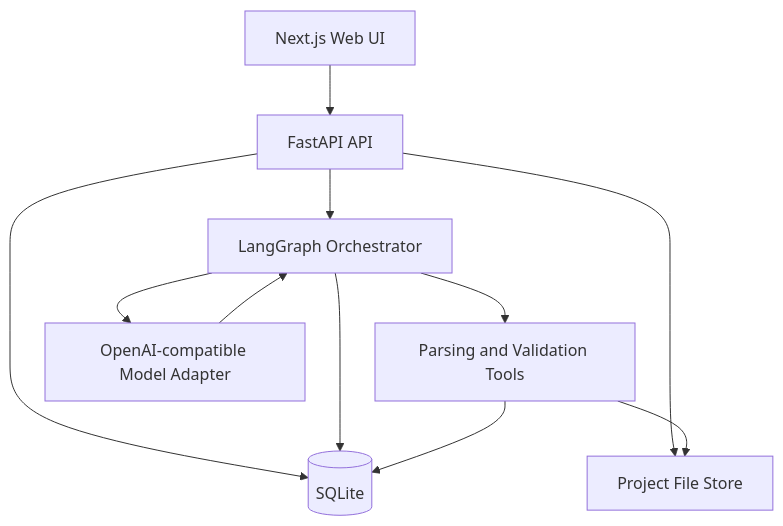
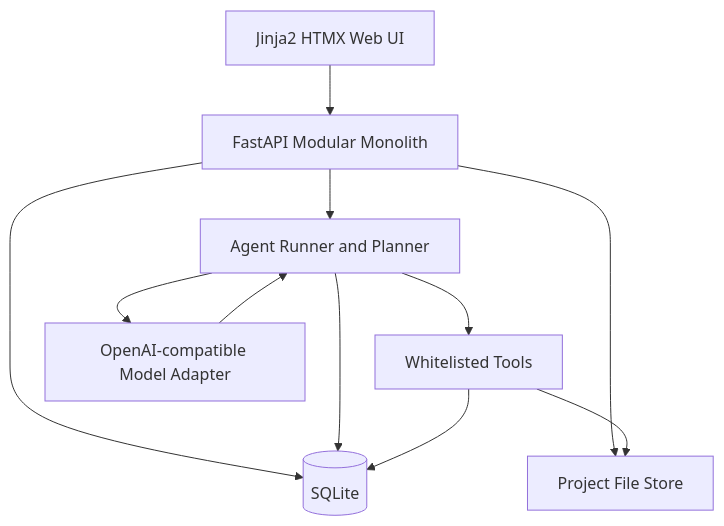
One commit to luailuai233/publicity-creation-agent changed the fourth of 4 diagrams in memory-bank/design-document.md. Above: the diagram before and after it, drawn with Mermaid. The commit also changed other lines of this file and 184 other files, not shown here.

````diff
--- a/memory-bank/design-document.md
+++ b/memory-bank/design-document.md
@@ -579,13 +591,13 @@
 ```mermaid
 flowchart TB
-    UI[Next.js Web UI] --> API[FastAPI API]
-    API --> ORCH[LangGraph Orchestrator]
-    API --> DB[(SQLite)]
-    API --> FS[Project File Store]
-    ORCH --> DB
-    ORCH --> TOOLS[Parsing and Validation Tools]
-    ORCH --> MODEL[OpenAI-compatible Model Adapter]
+    UI[Jinja2 HTMX Web UI] --> APP[FastAPI Modular Monolith]
+    APP --> AGENT[Agent Runner and Planner]
+    APP --> DB[(SQLite)]
+    APP --> FS[Project File Store]
+    AGENT --> DB
+    AGENT --> TOOLS[Whitelisted Tools]
+    AGENT --> MODEL[OpenAI-compatible Model Adapter]
     TOOLS --> FS
     TOOLS --> DB
-    MODEL --> ORCH
+    MODEL --> AGENT
 ```
````
